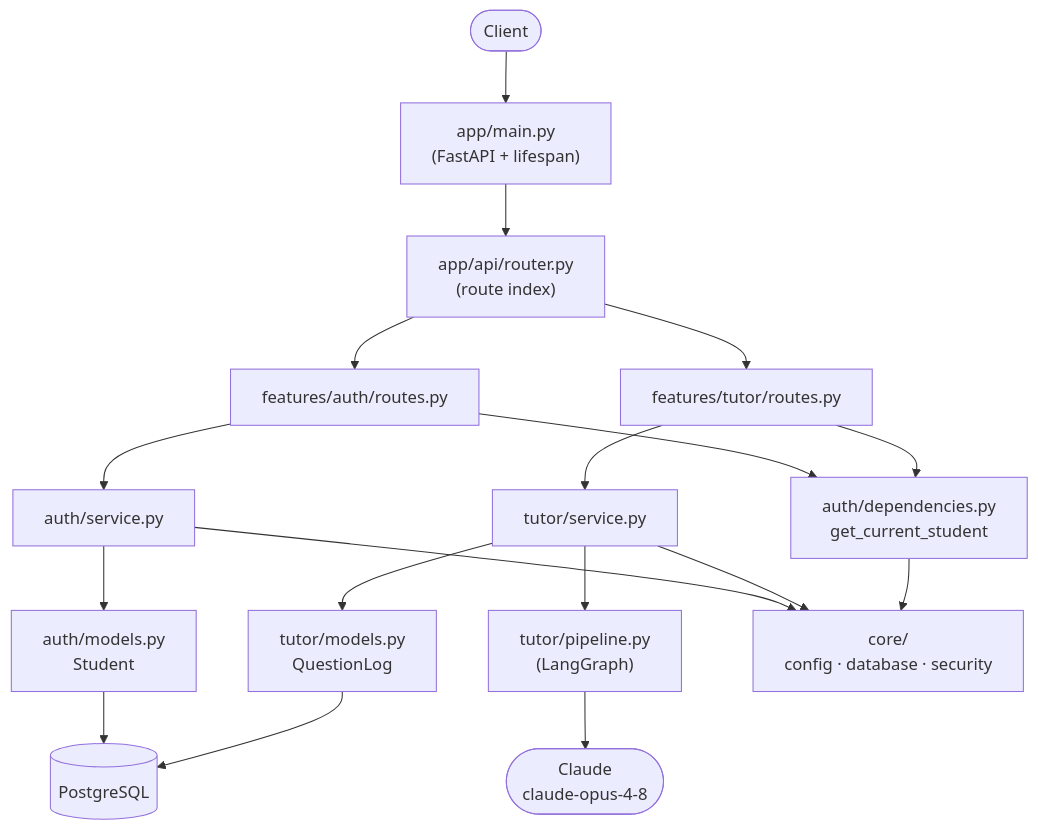
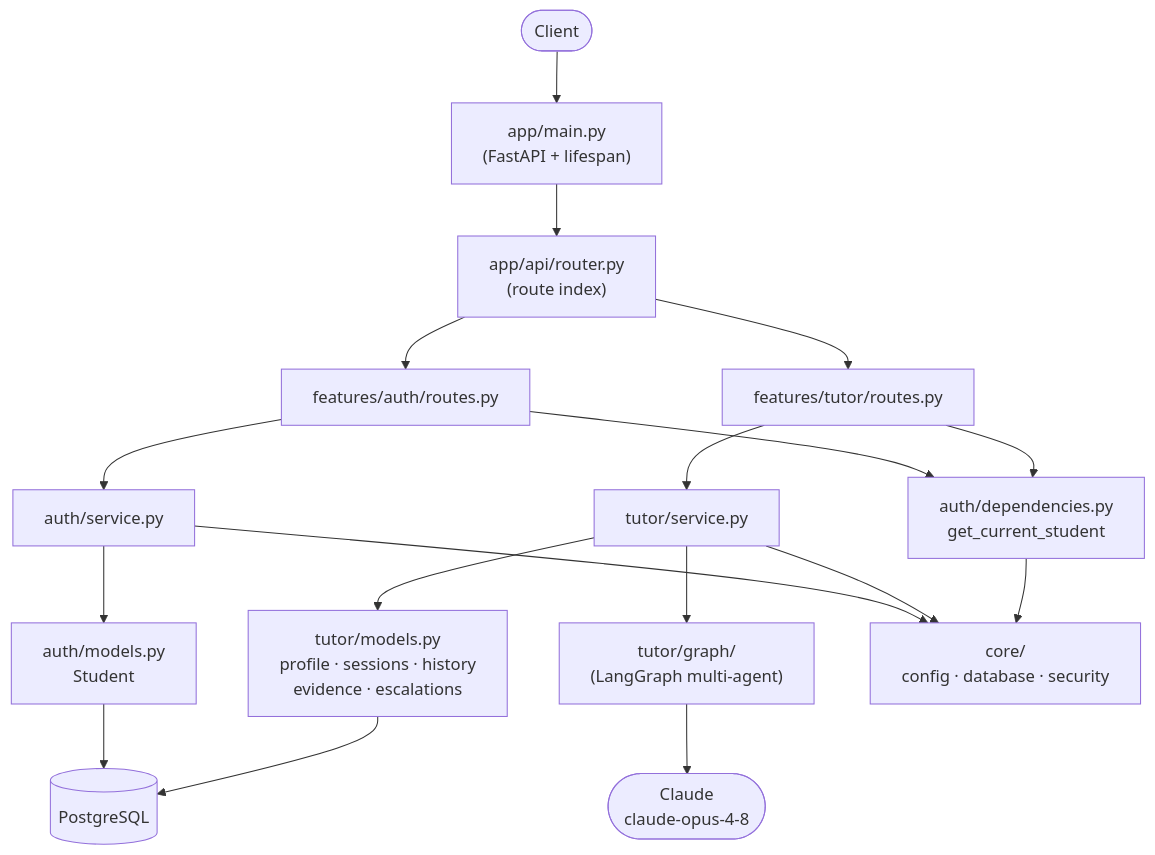
Before and after one commit to syamdumpala/Adapative_ai_tutor: the first of 4 diagrams in backend/architecture/DIAGRAM.md, drawn with Mermaid. The commit also changed other lines of this file and 29 other files, not shown here.

Commit message:
graph creation

````diff
--- a/backend/architecture/DIAGRAM.md
+++ b/backend/architecture/DIAGRAM.md
@@ -7,26 +7,26 @@
 ```mermaid
 flowchart TD
     Client([Client])
     Client --> Main["app/main.py<br/>(FastAPI + lifespan)"]
     Main --> Index["app/api/router.py<br/>(route index)"]
 
     Index --> AuthR["features/auth/routes.py"]
     Index --> TutorR["features/tutor/routes.py"]
 
     AuthR --> AuthDep["auth/dependencies.py<br/>get_current_student"]
     AuthR --> AuthSvc["auth/service.py"]
     AuthSvc --> AuthModel["auth/models.py<br/>Student"]
 
     TutorR --> AuthDep
     TutorR --> TutorSvc["tutor/service.py"]
-    TutorSvc --> Pipeline["tutor/pipeline.py<br/>(LangGraph)"]
-    TutorSvc --> TutorModel["tutor/models.py<br/>QuestionLog"]
+    TutorSvc --> Pipeline["tutor/graph/<br/>(LangGraph multi-agent)"]
+    TutorSvc --> TutorModel["tutor/models.py<br/>profile · sessions · history<br/>evidence · escalations"]
 
     AuthSvc --> Core["core/<br/>config · database · security"]
     TutorSvc --> Core
     AuthDep --> Core
 
     AuthModel --> DB[(PostgreSQL)]
     TutorModel --> DB
     Pipeline --> Claude([Claude<br/>claude-opus-4-8])
 ```
````
